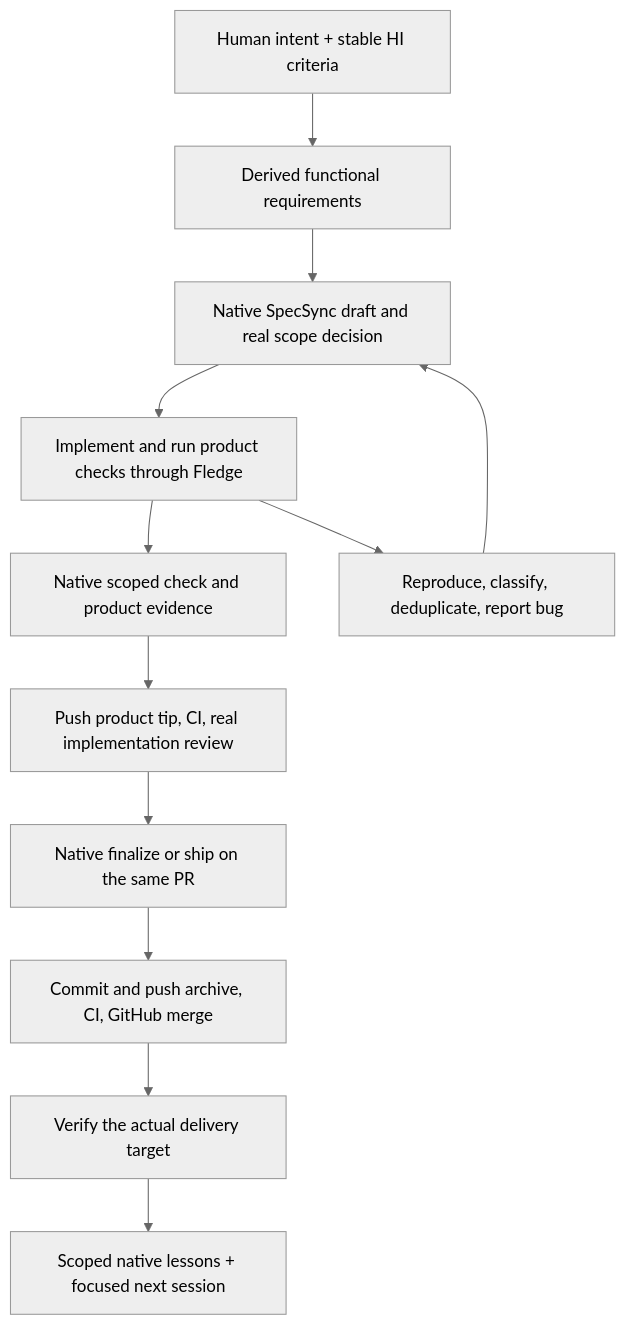
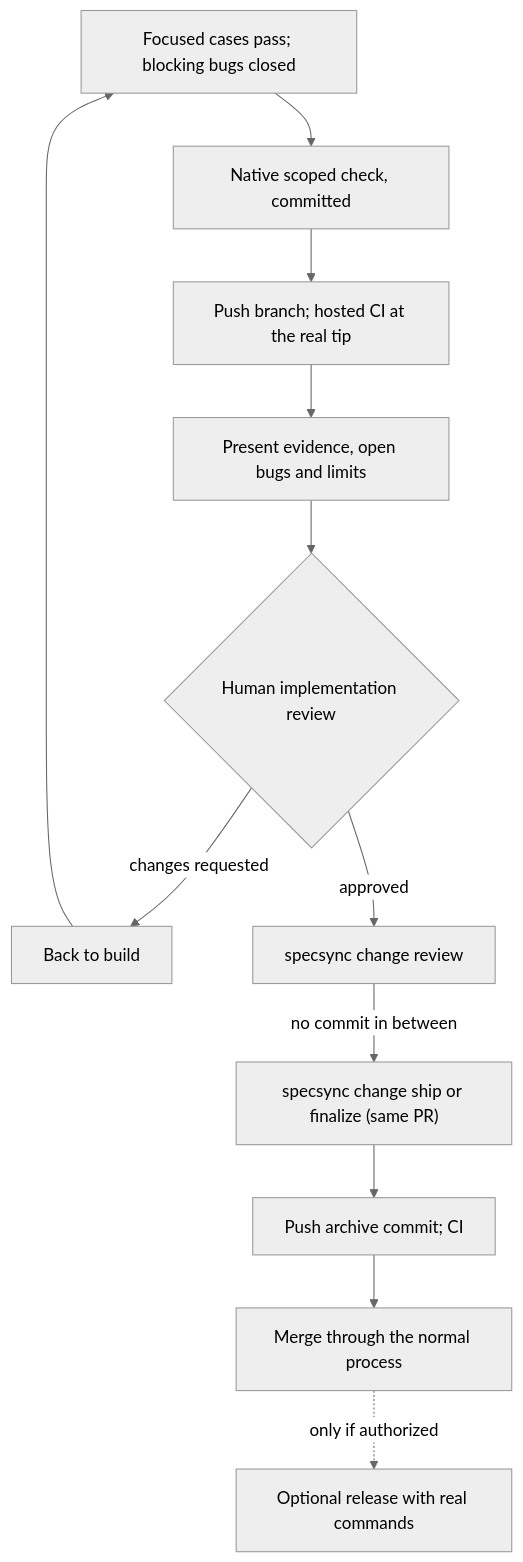
The diagram in docs/diagrams/lifecycle.mmd (CorvidLabs/chough), drawn with Mermaid (neutral theme) before and after one commit. The commit also changed 27 other files, not shown here.

```diff
--- a/docs/diagrams/lifecycle.mmd
+++ b/docs/diagrams/lifecycle.mmd
@@ -1,12 +1,12 @@
 flowchart TB
-    intent["Human intent + stable HI criteria"] --> frd["Derived functional requirements"]
-    frd --> scope["Native SpecSync draft and real scope decision"]
-    scope --> build["Implement and run product checks through Fledge"]
-    build --> verify["Native scoped check and product evidence"]
-    verify --> review["Push product tip, CI, real implementation review"]
-    review --> archive["Native finalize or ship on the same PR"]
-    archive --> merge["Commit and push archive, CI, GitHub merge"]
-    merge --> delivery["Verify the actual delivery target"]
-    delivery --> lessons["Scoped native lessons + focused next session"]
-    build --> bug["Reproduce, classify, deduplicate, report bug"]
-    bug --> scope
+    tests["Focused cases pass; blocking bugs closed"] --> check["Native scoped check, committed"]
+    check --> push["Push branch; hosted CI at the real tip"]
+    push --> present["Present evidence, open bugs and limits"]
+    present --> human{"Human implementation review"}
+    human -->|"changes requested"| build["Back to build"]
+    build --> tests
+    human -->|"approved"| review["specsync change review"]
+    review -->|"no commit in between"| ship["specsync change ship or finalize (same PR)"]
+    ship --> archive["Push archive commit; CI"]
+    archive --> merge["Merge through the normal process"]
+    merge -. "only if authorized" .-> release["Optional release with real commands"]
```
